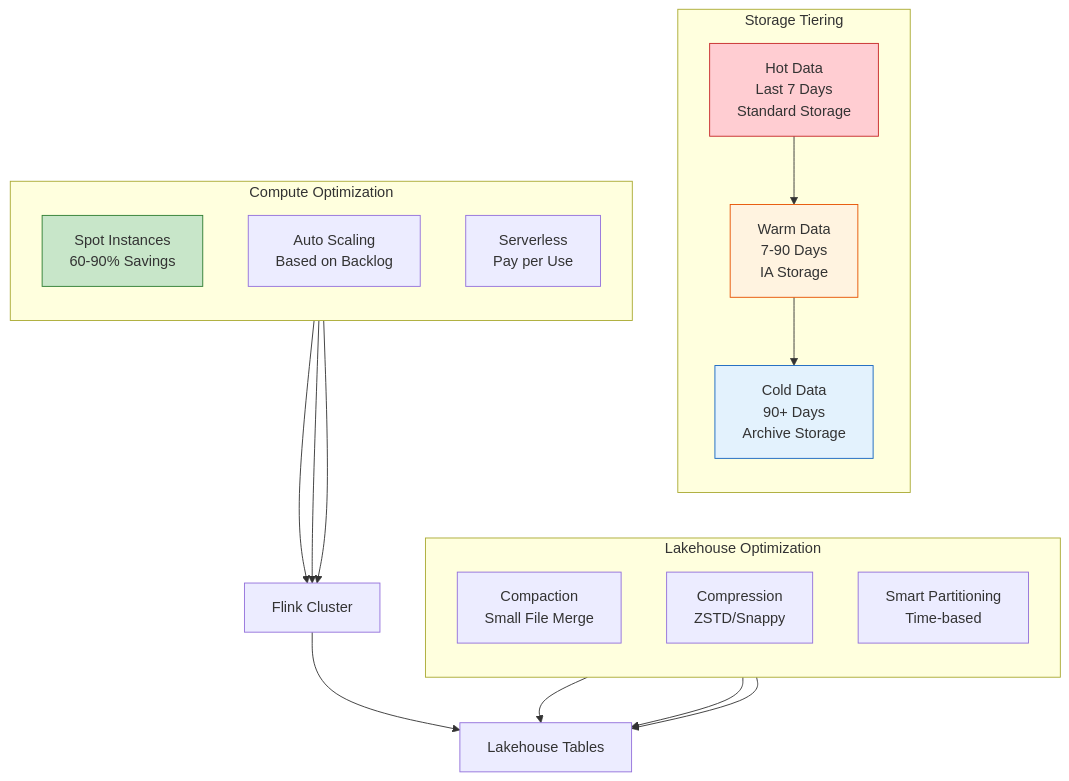
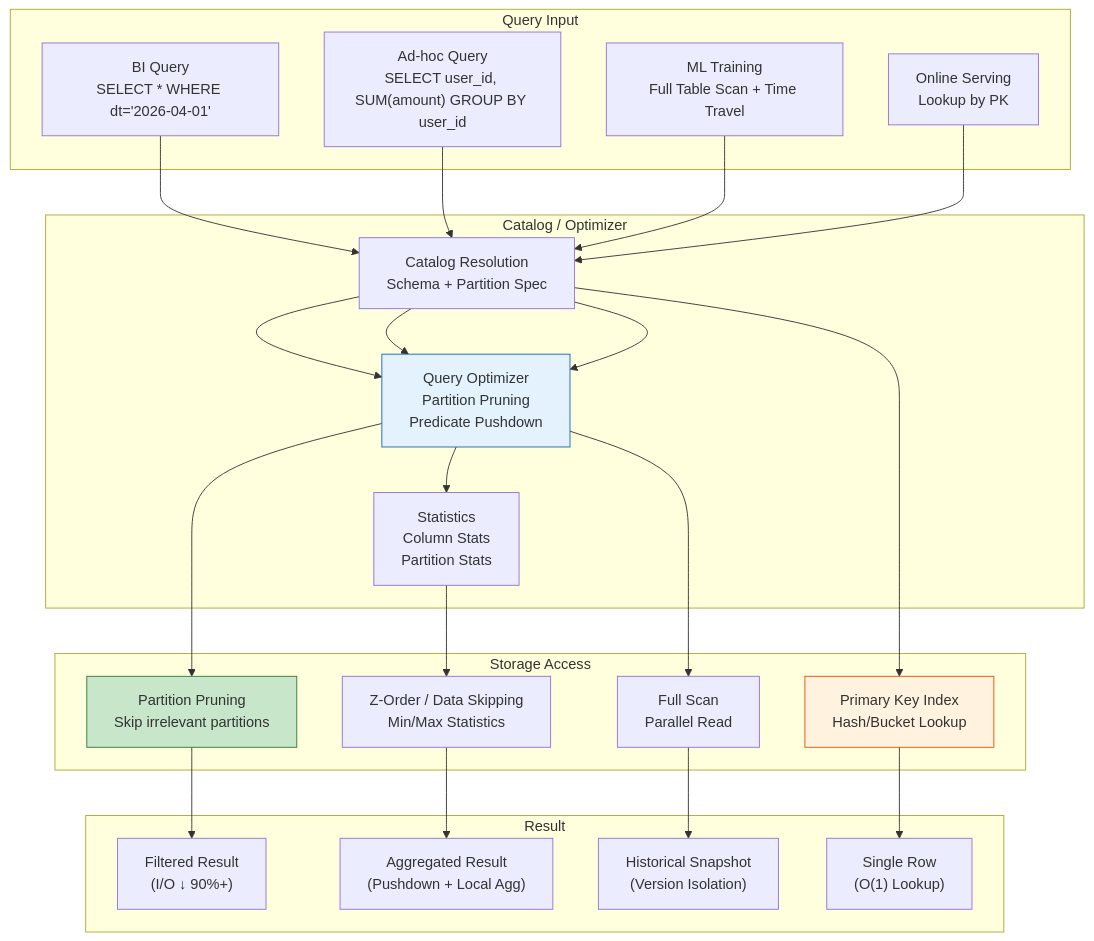
Before and after one commit to AdaMartin18010/AnalysisDataFlow: the sixth of 6 diagrams in Flink/05-ecosystem/05.02-lakehouse/streaming-lakehouse-architecture.md, drawn with Mermaid. The commit also changed other lines of this file and 18 other files, not shown here.

````diff
--- a/Flink/05-ecosystem/05.02-lakehouse/streaming-lakehouse-architecture.md
+++ b/Flink/05-ecosystem/05.02-lakehouse/streaming-lakehouse-architecture.md
@@ -1709,43 +1846,38 @@
 ```mermaid
 graph TB
-    subgraph "Storage Tiering"
-        direction TB
-        HOT["Hot Data<br/>Last 7 Days<br/>Standard Storage"]
-        WARM["Warm Data<br/>7-90 Days<br/>IA Storage"]
-        COLD["Cold Data<br/>90+ Days<br/>Archive Storage"]
+    subgraph "Query Input"
+        Q1["BI Query<br/>SELECT * WHERE dt='2026-04-01'"]
+        Q2["Ad-hoc Query<br/>SELECT user_id, SUM(amount) GROUP BY user_id"]
+        Q3["ML Training<br/>Full Table Scan + Time Travel"]
+        Q4["Online Serving<br/>Lookup by PK"]
     end
 
-    subgraph "Compute Optimization"
-        direction TB
-        SPOT["Spot Instances<br/>60-90% Savings"]
-        AUTO["Auto Scaling<br/>Based on Backlog"]
-        SERVERLESS["Serverless<br/>Pay per Use"]
+    subgraph "Catalog / Optimizer"
+        CAT["Catalog Resolution<br/>Schema + Partition Spec"]
+        OPT["Query Optimizer<br/>Partition Pruning<br/>Predicate Pushdown"]
+        STATS["Statistics<br/>Column Stats<br/>Partition Stats"]
     end
 
-    subgraph "Lakehouse Optimization"
-        direction TB
-        COMPACT["Compaction
-Small File Merge"]
-        COMPRESS["Compression
-ZSTD/Snappy"]
-        PARTITION["Smart Partitioning
-Time-based"]
+    subgraph "Storage Access"
+        PP["Partition Pruning<br/>Skip irrelevant partitions"]
+        ZO["Z-Order / Data Skipping<br/>Min/Max Statistics"]
+        PK["Primary Key Index<br/>Hash/Bucket Lookup"]
+        FS["Full Scan<br/>Parallel Read"]
     end
 
-    HOT --> WARM --> COLD
+    subgraph "Result"
+        R1["Filtered Result<br/>(I/O ↓ 90%+)"]
+        R2["Aggregated Result<br/>(Pushdown + Local Agg)"]
+        R3["Historical Snapshot<br/>(Version Isolation)"]
+        R4["Single Row<br/>(O(1) Lookup)"]
+    end
 
-    SPOT --> COMPUTE["Flink Cluster"]
-    AUTO --> COMPUTE
-    SERVERLESS --> COMPUTE
+    Q1 --> CAT --> OPT --> PP --> R1
+    Q2 --> CAT --> OPT --> STATS --> ZO --> R2
+    Q3 --> CAT --> OPT --> FS --> R3
+    Q4 --> CAT --> PK --> R4
 
-    COMPACT --> STORAGE["Lakehouse Tables"]
-    COMPRESS --> STORAGE
-    PARTITION --> STORAGE
-
-    COMPUTE --> STORAGE
-
-    style HOT fill:#ffcdd2,stroke:#c62828
-    style WARM fill:#fff3e0,stroke:#e65100
-    style COLD fill:#e3f2fd,stroke:#1565c0
-    style SPOT fill:#c8e6c9,stroke:#2e7d32
+    style OPT fill:#e3f2fd,stroke:#1565c0
+    style PP fill:#c8e6c9,stroke:#2e7d32
+    style PK fill:#fff3e0,stroke:#e65100
 ```
````
